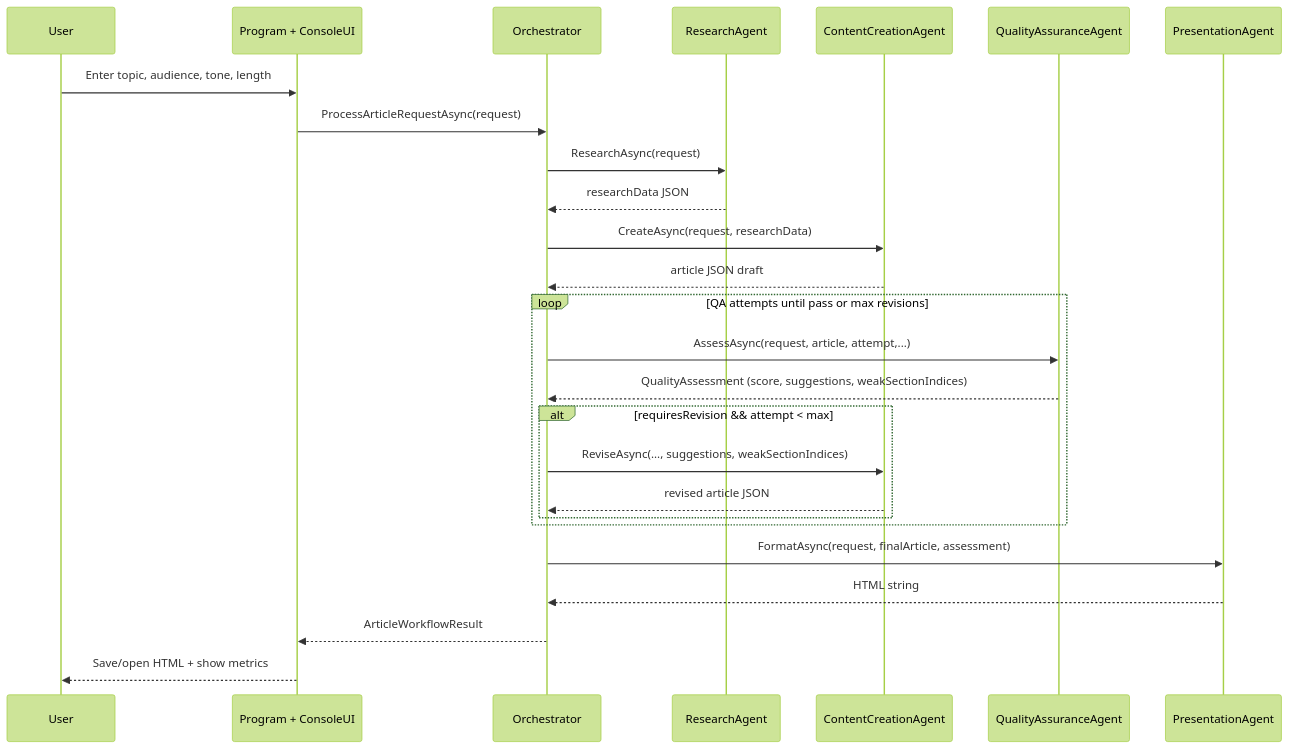
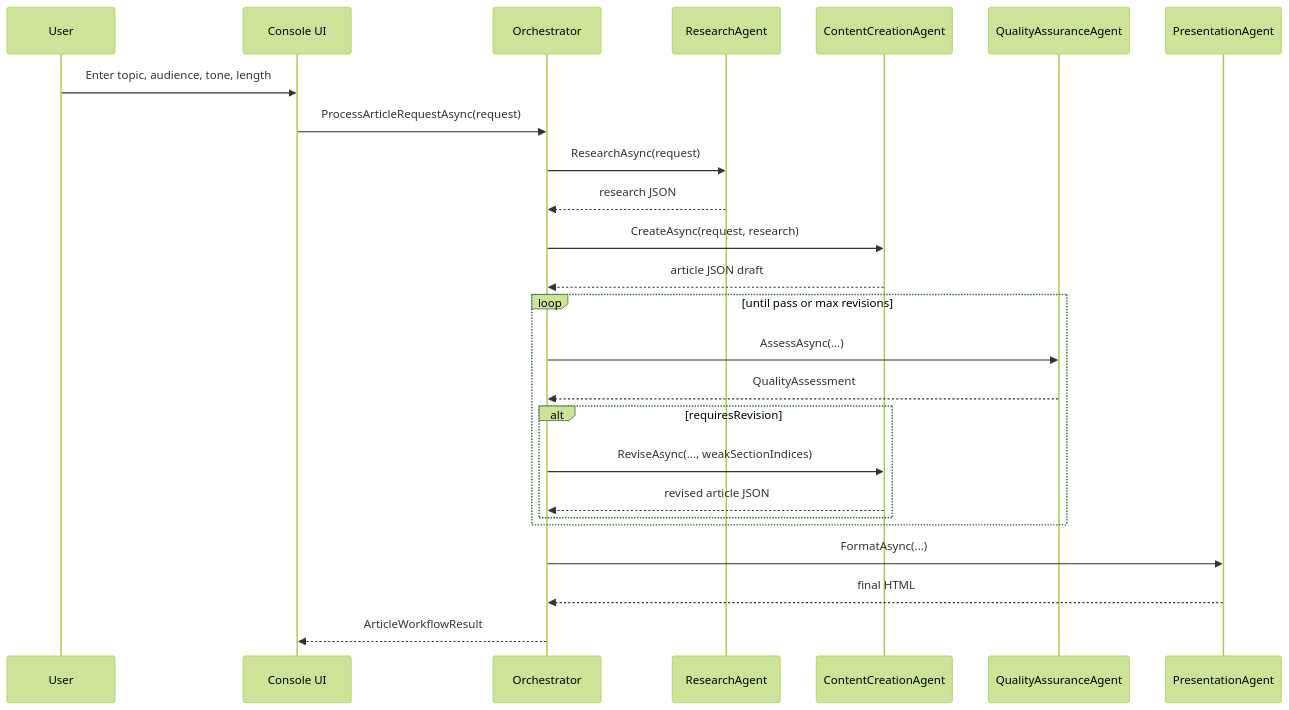
Before and after one commit to charithrasanga/ArticleWriter: the second of 2 diagrams in Docs/TECHNICAL_GUIDE.md, drawn with Mermaid (forest theme). The commit also changed other lines of this file and 1 other file, not shown here.

Commit message:
Add session slide deck outline for AI Article Writer presentation

````diff
--- a/Docs/TECHNICAL_GUIDE.md
+++ b/Docs/TECHNICAL_GUIDE.md
@@ -58,33 +100,32 @@
 ```mermaid
 sequenceDiagram
     participant U as User
-    participant PR as Program + ConsoleUI
+    participant UI as Console UI
     participant O as Orchestrator
     participant R as ResearchAgent
     participant C as ContentCreationAgent
     participant Q as QualityAssuranceAgent
     participant P as PresentationAgent
 
-    U->>PR: Enter topic, audience, tone, length
-    PR->>O: ProcessArticleRequestAsync(request)
+    U->>UI: Enter topic, audience, tone, length
+    UI->>O: ProcessArticleRequestAsync(request)
 
     O->>R: ResearchAsync(request)
-    R-->>O: researchData JSON
+    R-->>O: research JSON
 
-    O->>C: CreateAsync(request, researchData)
+    O->>C: CreateAsync(request, research)
     C-->>O: article JSON draft
 
-    loop QA attempts until pass or max revisions
-        O->>Q: AssessAsync(request, article, attempt,...)
-        Q-->>O: QualityAssessment (score, suggestions, weakSectionIndices)
-        alt requiresRevision && attempt < max
-            O->>C: ReviseAsync(..., suggestions, weakSectionIndices)
+    loop until pass or max revisions
+        O->>Q: AssessAsync(...)
+        Q-->>O: QualityAssessment
+        alt requiresRevision
+            O->>C: ReviseAsync(..., weakSectionIndices)
             C-->>O: revised article JSON
         end
     end
 
-    O->>P: FormatAsync(request, finalArticle, assessment)
-    P-->>O: HTML string
-    O-->>PR: ArticleWorkflowResult
-    PR-->>U: Save/open HTML + show metrics
+    O->>P: FormatAsync(...)
+    P-->>O: final HTML
+    O-->>UI: ArticleWorkflowResult
 ```
````
